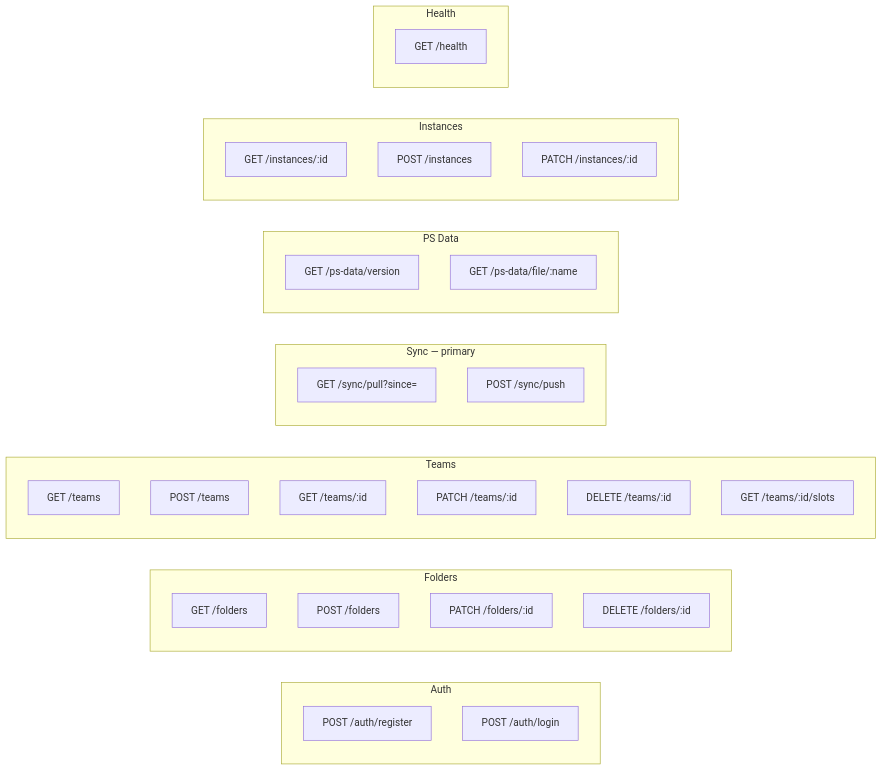
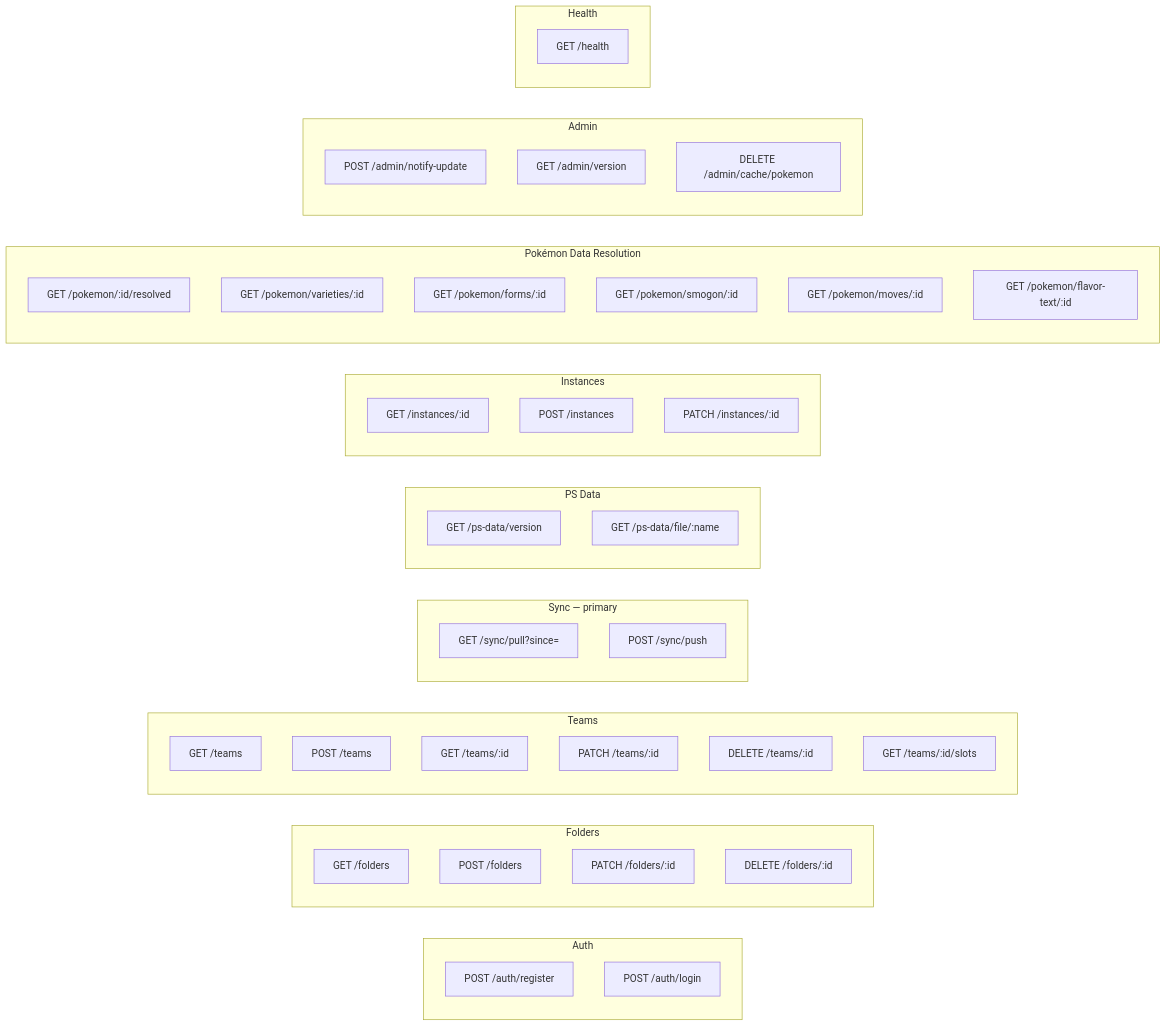
One commit to KwasiAsante/PokeTeamDex changed the sixth of 14 diagrams in README.md. Above: the diagram before and after it, drawn with Mermaid. The commit also changed other lines of this file and 9 other files, not shown here.

````diff
--- a/README.md
+++ b/README.md
@@ -433,43 +439,58 @@
 ```mermaid
 graph LR
     subgraph Auth
         A1["POST /auth/register"]
         A2["POST /auth/login"]
     end
 
     subgraph Folders
         F1["GET /folders"]
         F2["POST /folders"]
         F3["PATCH /folders/:id"]
         F4["DELETE /folders/:id"]
     end
 
     subgraph Teams
         T1["GET /teams"]
         T2["POST /teams"]
         T3["GET /teams/:id"]
         T4["PATCH /teams/:id"]
         T5["DELETE /teams/:id"]
         T6["GET /teams/:id/slots"]
     end
 
     subgraph Sync["Sync — primary"]
         S1["GET /sync/pull?since="]
         S2["POST /sync/push"]
     end
 
     subgraph PSData["PS Data"]
         P1["GET /ps-data/version"]
         P2["GET /ps-data/file/:name"]
     end
 
     subgraph Instances
         I1["GET /instances/:id"]
         I2["POST /instances"]
         I3["PATCH /instances/:id"]
     end
 
+    subgraph Pokemon["Pokémon Data Resolution"]
+        PR1["GET /pokemon/:id/resolved"]
+        PR2["GET /pokemon/varieties/:id"]
+        PR3["GET /pokemon/forms/:id"]
+        PR4["GET /pokemon/smogon/:id"]
+        PR5["GET /pokemon/moves/:id"]
+        PR6["GET /pokemon/flavor-text/:id"]
+    end
+
+    subgraph Admin
+        AD1["POST /admin/notify-update"]
+        AD2["GET /admin/version"]
+        AD3["DELETE /admin/cache/pokemon"]
+    end
+
     subgraph Health
         H1["GET /health"]
     end
 ```
````
